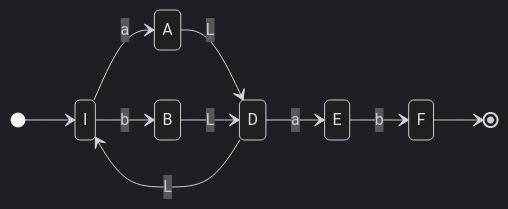
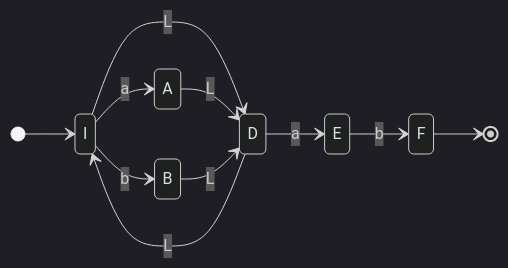
The fifth of 8 diagrams in TLA/Guías/Guía 4 - Expresiones Regulares.md (cijjas/ObsNotas), drawn with Mermaid (dark theme) before and after one commit. The commit also changed other lines of this file and 2 other files, not shown here.

````diff
--- a/TLA/Guías/Guía 4 - Expresiones Regulares.md
+++ b/TLA/Guías/Guía 4 - Expresiones Regulares.md
@@ -249,13 +290,14 @@
 ```mermaid
 stateDiagram
 direction LR
 [*] --> I 
 I --> A: a
+I --> D: L
 I --> B: b
 A --> D : L
 B --> D : L
 D --> I : L
 D --> E : a
 E --> F : b
 F --> [*]
 ```
````
